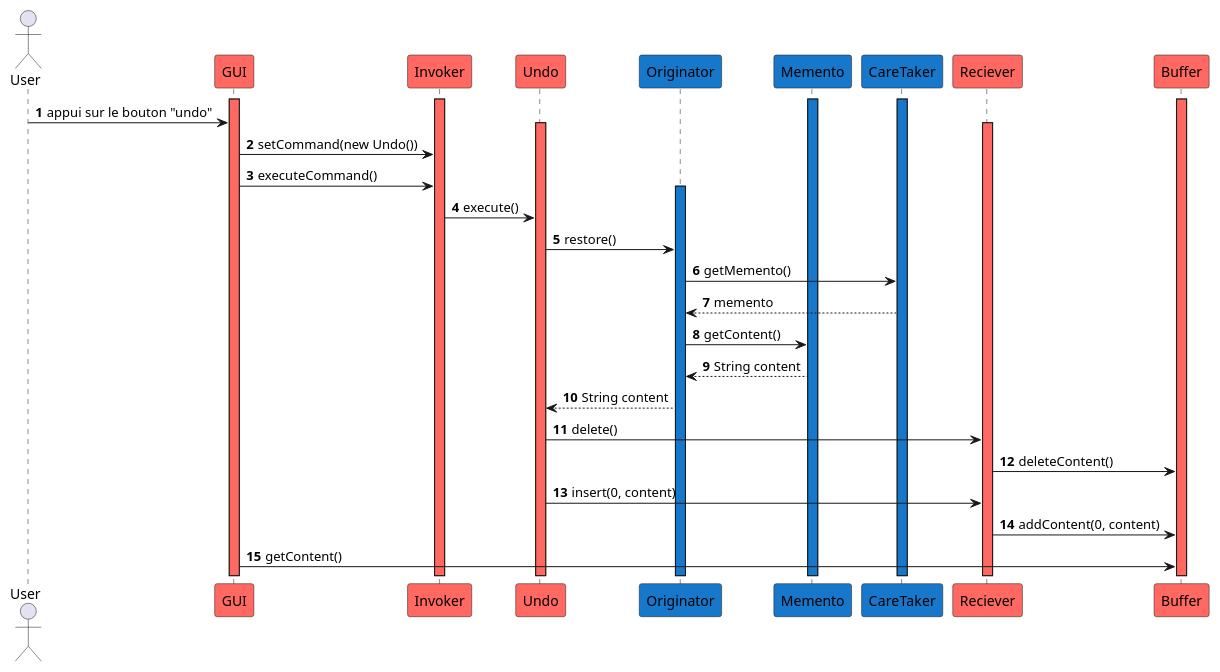
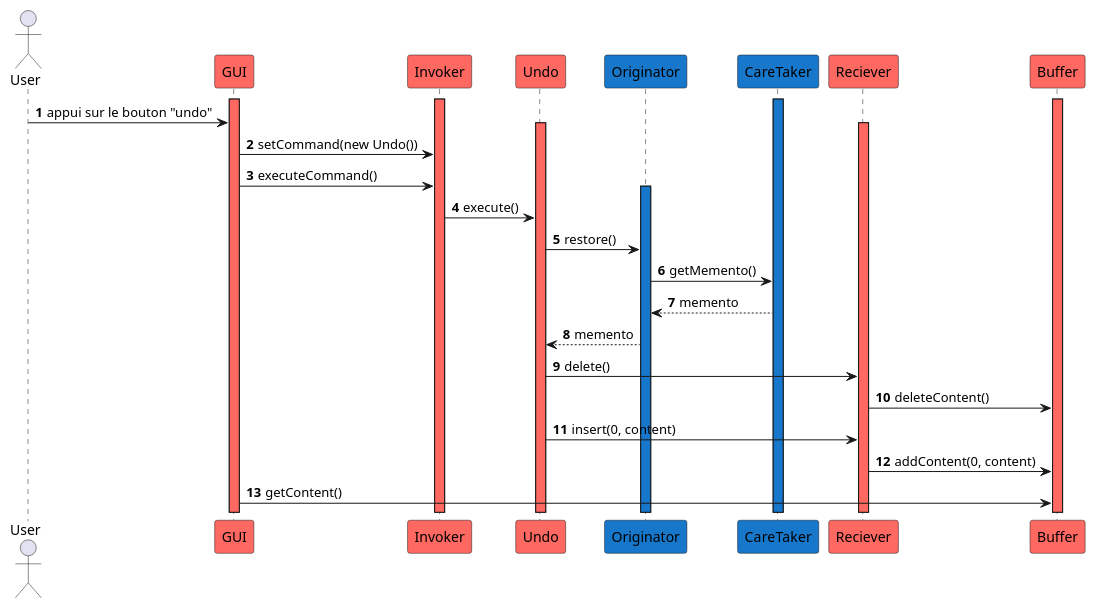
The diagram in V2/Conception/Sequence_diagrams/Undo.puml (Camille-Molinier/text-editor), drawn with PlantUML before and after one commit. The commit also changed 4 other files, not shown here.

Commit message:
improve diagrams

```diff
--- a/V2/Conception/Sequence_diagrams/Undo.puml
+++ b/V2/Conception/Sequence_diagrams/Undo.puml
@@ -1,48 +1,44 @@
 @startuml
 'https://plantuml.com/sequence-diagram
 
 autonumber
 
 actor User
 
 participant GUI #ff6961
 participant Invoker #ff6961
 participant Undo #ff6961
 participant Originator #1677CB
-participant Memento #1677CB
 participant CareTaker #1677CB
 participant Reciever #ff6961
 participant Buffer #ff6961
 
 activate CareTaker #1677CB
 activate Invoker #ff6961
 activate GUI #ff6961
 activate Buffer #ff6961
-activate Memento #1677CB
 
 User -> GUI : appui sur le bouton "undo"
 
 activate Undo #ff6961
 activate Reciever #ff6961
 GUI -> Invoker : setCommand(new Undo())
 GUI -> Invoker : executeCommand()
 
 activate Originator #1677CB
 Invoker -> Undo : execute()
 
 Undo -> Originator : restore()
 
 Originator -> CareTaker : getMemento()
 CareTaker --> Originator : memento
-Originator -> Memento : getContent()
-Memento --> Originator : String content
-Originator --> Undo : String content
+Originator --> Undo : memento
 
 Undo -> Reciever : delete()
 Reciever -> Buffer : deleteContent()
 
 Undo -> Reciever : insert(0, content)
 Reciever -> Buffer : addContent(0, content)
 
 GUI -> Buffer : getContent()
 @enduml
```
